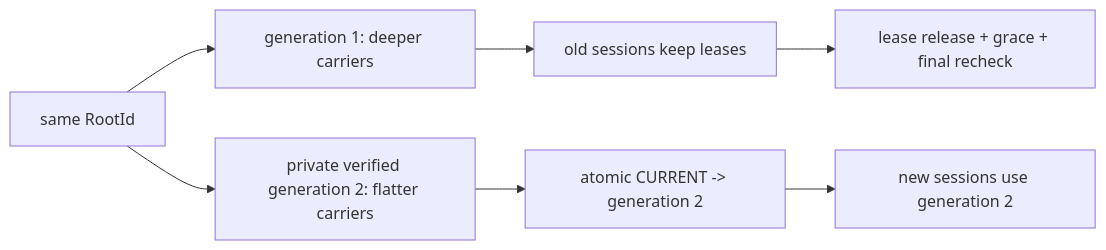
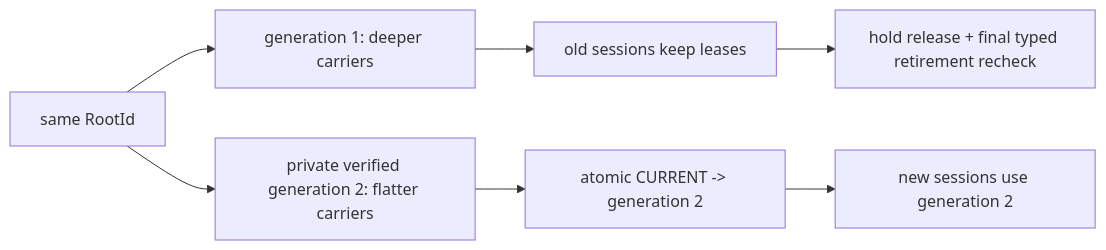
Before and after one commit to Ephemeral-AI-Lab/ephemeral-sandbox-docs: the fourth of 7 diagrams in implementation-plan/2.0 migration/phase 1/implementation/layerstack_storage_contract.md, drawn with Mermaid. The commit also changed other lines of this file and 11 other files, not shown here.

````diff
--- a/implementation-plan/2.0 migration/phase 1/implementation/layerstack_storage_contract.md
+++ b/implementation-plan/2.0 migration/phase 1/implementation/layerstack_storage_contract.md
@@ -503,9 +522,9 @@
 ```mermaid
 flowchart LR
     R["same RootId"] --> G1["generation 1: deeper carriers"]
     R --> G2["private verified generation 2: flatter carriers"]
     G2 --> C["atomic CURRENT -> generation 2"]
     G1 --> O["old sessions keep leases"]
     C --> N["new sessions use generation 2"]
-    O --> GC["lease release + grace + final recheck"]
+    O --> GC["hold release + final typed retirement recheck"]
 ```
````
